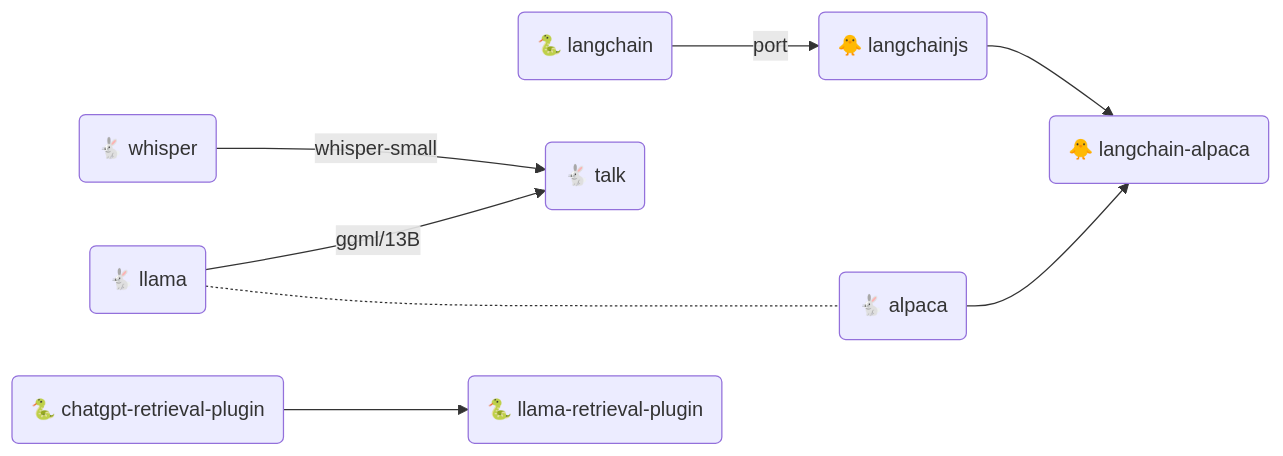
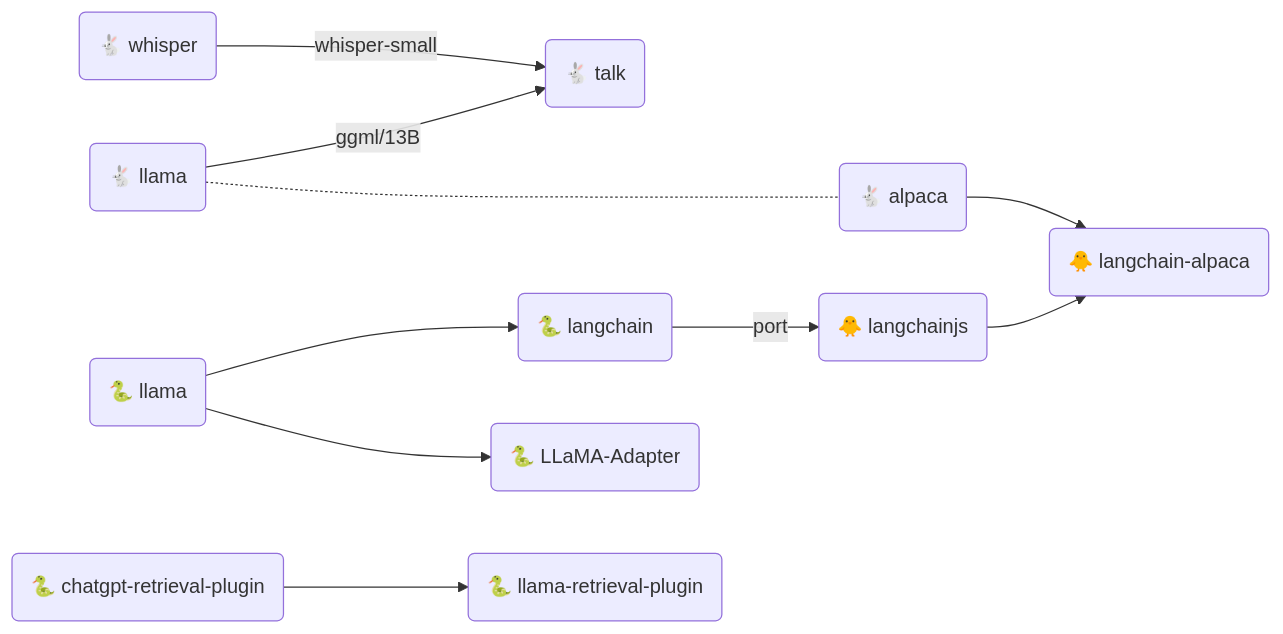
One commit to gist-rs/book changed the third of 3 diagrams in src/ml/llama.md. Above: the diagram before and after it, drawn with Mermaid. The commit also changed other lines of this file, not shown here.

````diff
--- a/src/ml/llama.md
+++ b/src/ml/llama.md
@@ -81,12 +83,14 @@
 ```mermaid
 graph LR;
+AAA("🐍 llama") --> BB("🐍 LLaMA-Adapter")
+AAA --> A
 A("🐍 langchain")
 A --port--> AA("🐥 langchainjs")
 AA --> B("🐥 langchain-alpaca")
 D("🐇 alpaca") --> B
 E-..-D
 E("🐇 llama") --ggml/13B--> H
 F("🐇 whisper") --whisper-small--> H
 H("🐇 talk")
 I("🐍 chatgpt-retrieval-plugin") --> II("🐍 llama-retrieval-plugin")
 ```
````
